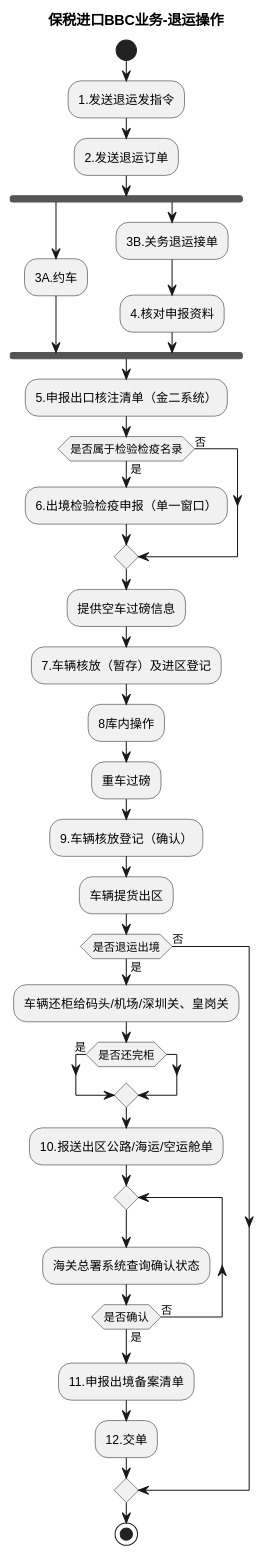
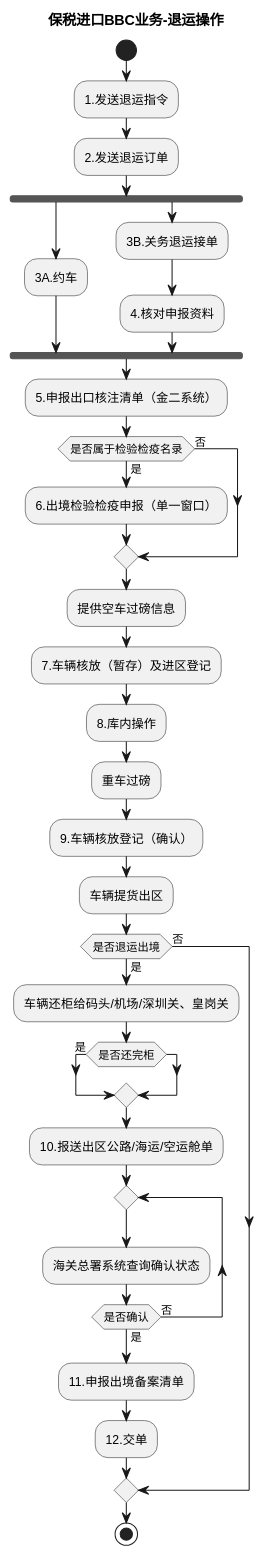
One commit to jack888332/projects-doc changed the second of 6 diagrams in product-caliber/goldjet/segmented-prd/mainflow/PRD.高捷物流系统一期.主流程.07.跨境电商BBC进口-特殊业务操作流程.md. Above: the diagram before and after it, drawn with PlantUML. The commit also changed other lines of this file and 59 other files, not shown here.

````diff
--- a/product-caliber/goldjet/segmented-prd/mainflow/PRD.高捷物流系统一期.主流程.07.跨境电商BBC进口-特殊业务操作流程.md
+++ b/product-caliber/goldjet/segmented-prd/mainflow/PRD.高捷物流系统一期.主流程.07.跨境电商BBC进口-特殊业务操作流程.md
@@ -40,38 +28,38 @@
 ```plantuml
 @startuml
 title 保税进口BBC业务-退运操作
 start
-:1.发送退运发指令;
+:1.发送退运指令;
 :2.发送退运订单;
 fork
   :3A.约车;
 fork again
   :3B.关务退运接单;
   :4.核对申报资料;
 end fork
 :5.申报出口核注清单（金二系统）;
 if (是否属于检验检疫名录) then (是)
   :6.出境检验检疫申报（单一窗口）;
 else (否)
 endif
 :提供空车过磅信息;
 :7.车辆核放（暂存）及进区登记;
-:8库内操作;
+:8.库内操作;
 :重车过磅;
 :9.车辆核放登记（确认）;
 :车辆提货出区;
 if (是否退运出境) then (是)
   :车辆还柜给码头/机场/深圳关、皇岗关;
   if (是否还完柜) then (是)
   endif
   :10.报送出区公路/海运/空运舱单;
   repeat
     :海关总署系统查询确认状态;
   repeat while (是否确认) is (否) not (是)
   :11.申报出境备案清单;
   :12.交单;
 else (否)
 endif
 stop
 @enduml
 ```
````
